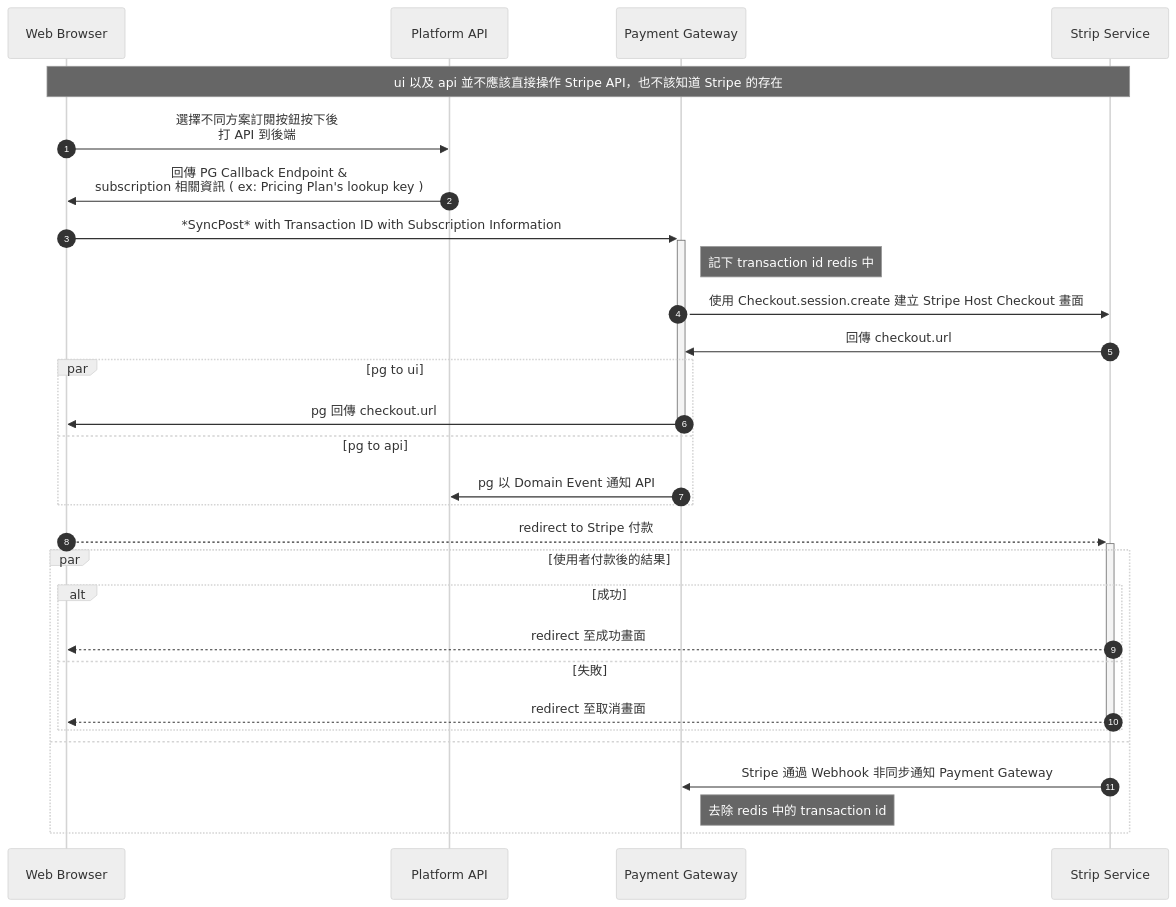
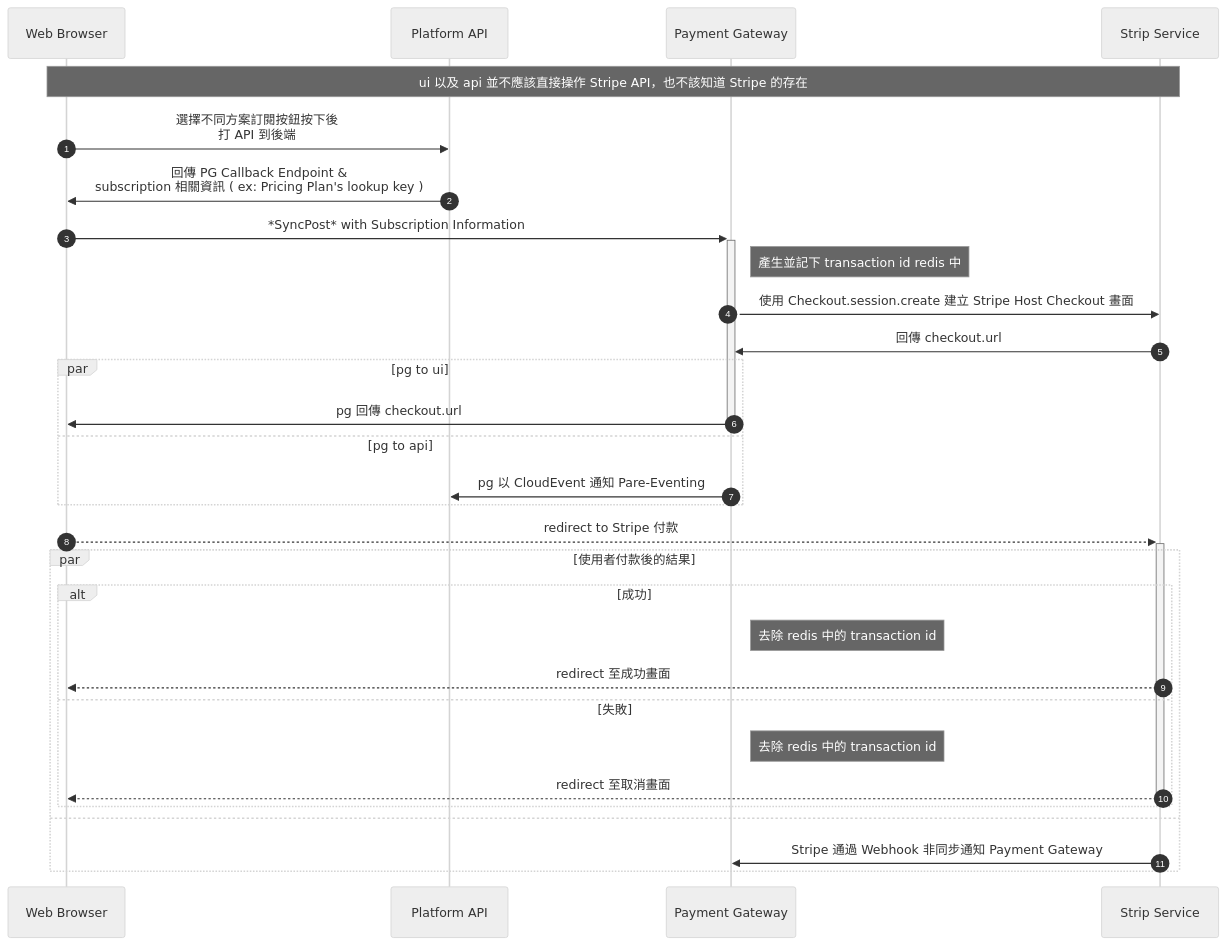
The first of 5 diagrams in readme.md (Henry-Li-PNTL/payment-test), drawn with Mermaid (neutral theme) before and after one commit. The commit also changed other lines of this file and 7 other files, not shown here.

````diff
--- a/readme.md
+++ b/readme.md
@@ -3,37 +3,38 @@
 ```mermaid
 sequenceDiagram
     autonumber
     
     participant ui as Web Browser
     participant api as Platform API
     participant pg as Payment Gateway
     participant stripe as Strip Service
 
     Note over ui,stripe: ui 以及 api 並不應該直接操作 Stripe API，也不該知道 Stripe 的存在
     ui ->> api: 選擇不同方案訂閱按鈕按下後 <br> 打 API 到後端
     api ->> ui: 回傳 PG Callback Endpoint & <br>subscription 相關資訊 ( ex: Pricing Plan's lookup key )
 
-    ui ->>+ pg: *SyncPost* with Transaction ID with Subscription Information
-    Note right of pg: 記下 transaction id  redis 中
+    ui ->>+ pg: *SyncPost* with Subscription Information
+    Note right of pg: 產生並記下 transaction id  redis 中
     pg ->> stripe: 使用 Checkout.session.create 建立 Stripe Host Checkout 畫面
     stripe ->> pg: 回傳 checkout.url
 
     PAR pg to ui
         pg ->>- ui: pg 回傳 checkout.url
     and pg to api
-        pg ->> api: pg 以 Domain Event 通知 API
+        pg ->> api: pg 以 CloudEvent 通知 Pare-Eventing
     end
 
     ui -->>+ stripe: redirect to Stripe 付款
 
     PAR 使用者付款後的結果
         alt  成功
+            Note right of pg: 去除 redis 中的 transaction id
             stripe -->> ui: redirect 至成功畫面
         else 失敗
+            Note right of pg: 去除 redis 中的 transaction id
             stripe -->>- ui: redirect 至取消畫面
         end
     and 
         stripe ->> pg: Stripe 通過 Webhook 非同步通知 Payment Gateway
-        Note right of pg: 去除 redis 中的 transaction id
     end
 ```
````
